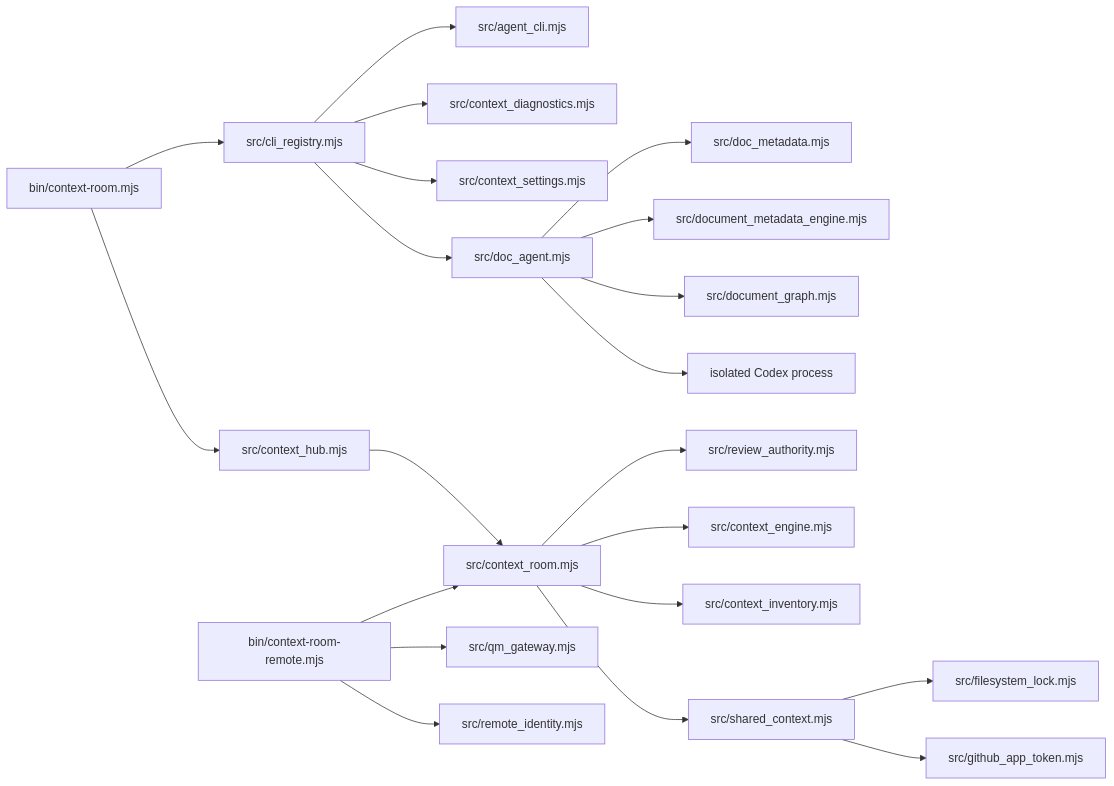
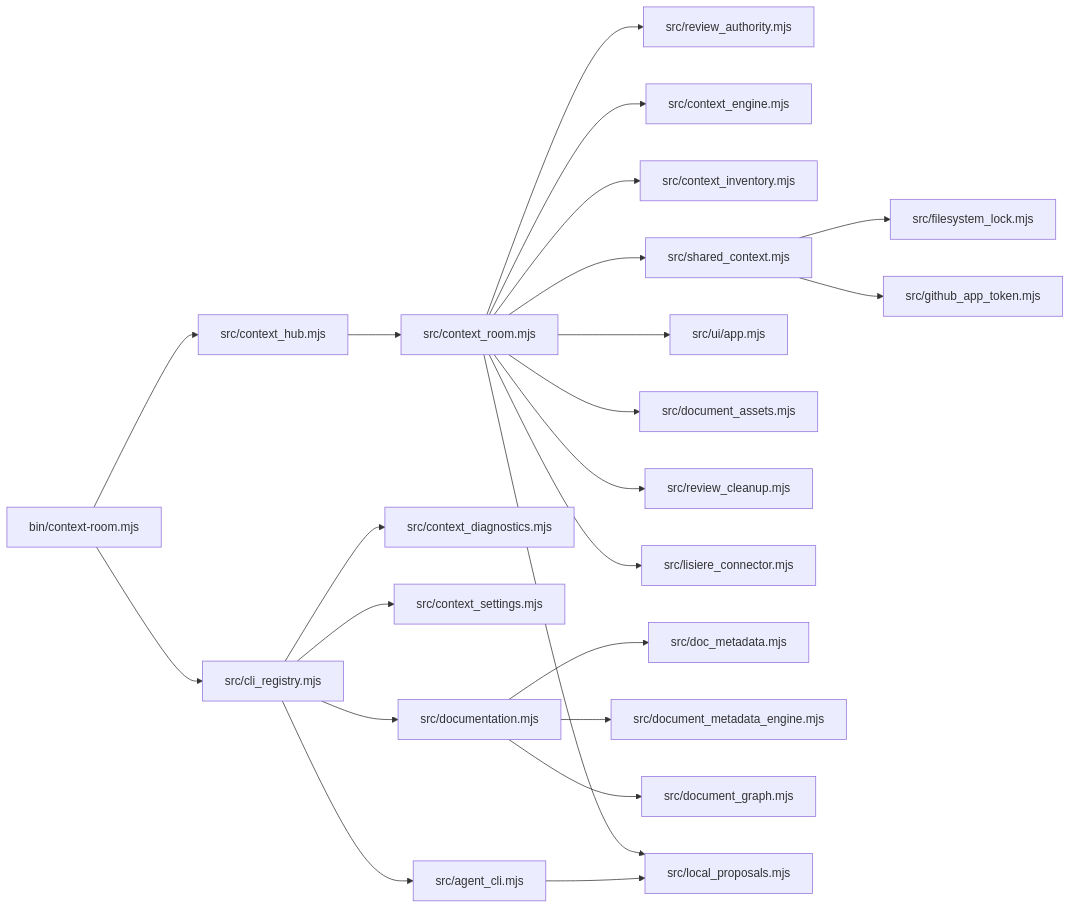
Before and after one commit to blancmathis/context-room: the diagram in docs/system/architecture.md, drawn with Mermaid. The commit also changed other lines of this file and 87 other files, not shown here.

First line of the commit message:
Unify local and Shared documentation proposals and accepted-only reads (#39)

````diff
--- a/docs/system/architecture.md
+++ b/docs/system/architecture.md
@@ -26,27 +26,29 @@
 ```mermaid
 flowchart LR
     CLI[bin/context-room.mjs] --> Registry[src/cli_registry.mjs]
     Registry --> AgentCLI[src/agent_cli.mjs]
     Registry --> Diagnostics[src/context_diagnostics.mjs]
     Registry --> Settings[src/context_settings.mjs]
-    Registry --> Docs[src/doc_agent.mjs]
+    Registry --> Docs[src/documentation.mjs]
 
     CLI --> Hub[src/context_hub.mjs]
     Hub --> Server[src/context_room.mjs]
     Server --> Review[src/review_authority.mjs]
     Server --> Engine[src/context_engine.mjs]
     Server --> Inventory[src/context_inventory.mjs]
     Server --> Shared[src/shared_context.mjs]
 
-    Remote[bin/context-room-remote.mjs] --> Server
-    Remote --> Gateway[src/qm_gateway.mjs]
-    Remote --> Identity[src/remote_identity.mjs]
+    Server --> UI[src/ui/app.mjs]
+    Server --> Assets[src/document_assets.mjs]
+    Server --> Cleanup[src/review_cleanup.mjs]
+    Server --> Tablet[src/lisiere_connector.mjs]
 
     Shared --> Locks[src/filesystem_lock.mjs]
     Shared --> GitHubToken[src/github_app_token.mjs]
 
     Docs --> Metadata[src/doc_metadata.mjs]
     Docs --> MetadataEngine[src/document_metadata_engine.mjs]
     Docs --> Graph[src/document_graph.mjs]
-    Docs --> Researcher[isolated Codex process]
+    AgentCLI --> Local[src/local_proposals.mjs]
+    Server --> Local
 ```
````
